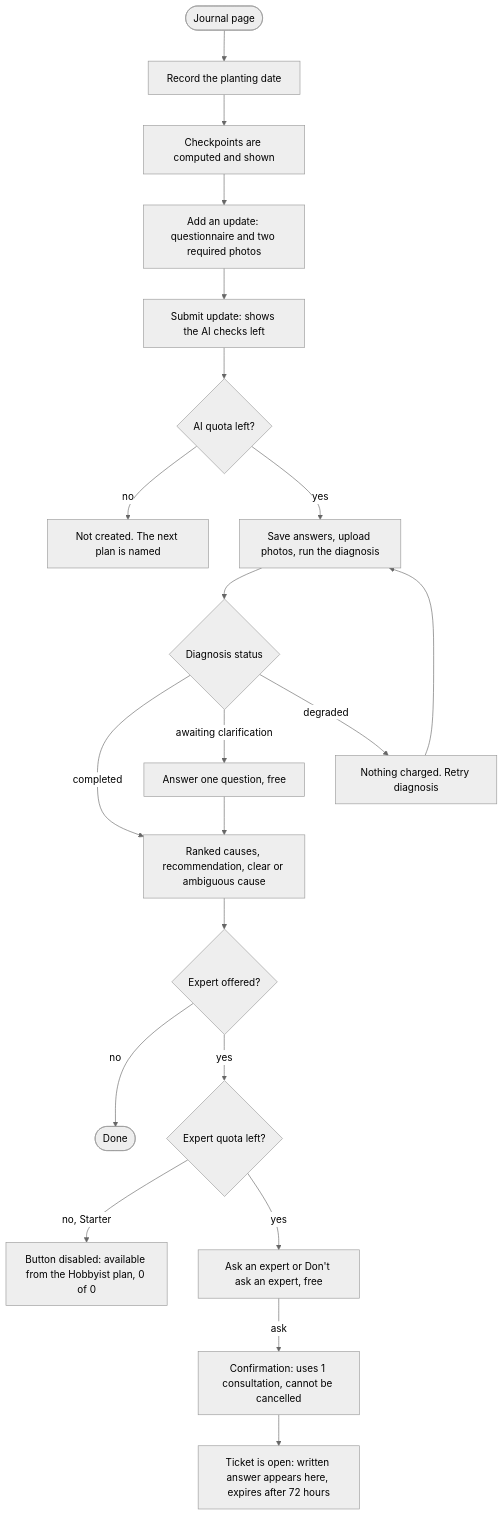
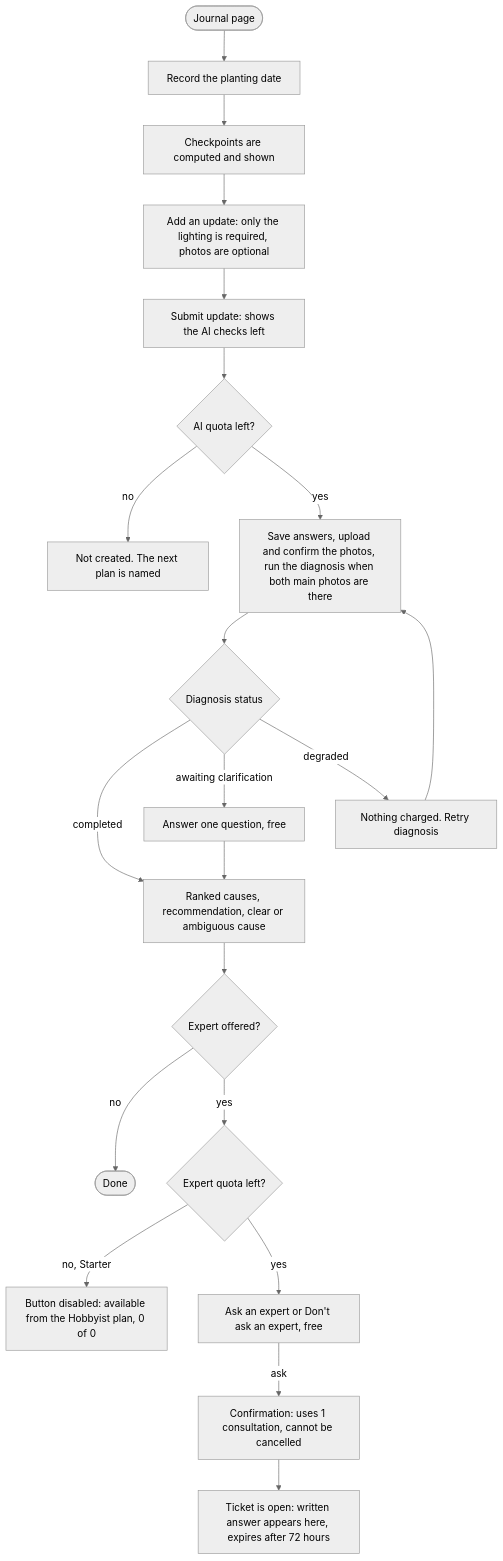
Before and after one commit to DaniilTsitavets/diploma-growpath-frontend: the third of 6 diagrams in docs/user-flows.md, drawn with Mermaid (neutral theme). The commit also changed 33 other files, not shown here.

Commit message:
Upload photos in three steps and rebuild the update questionnaire

````diff
--- a/docs/user-flows.md
+++ b/docs/user-flows.md
@@ -66,23 +66,23 @@
 ```mermaid
 flowchart TD
   A([Journal page]) --> B[Record the planting date]
   B --> C[Checkpoints are computed and shown]
-  C --> D[Add an update: questionnaire and two required photos]
+  C --> D[Add an update: only the lighting is required, photos are optional]
   D --> E[Submit update: shows the AI checks left]
   E --> F{AI quota left?}
   F -->|no| G[Not created. The next plan is named]
-  F -->|yes| H[Save answers, upload photos, run the diagnosis]
+  F -->|yes| H[Save answers, upload and confirm the photos, run the diagnosis when both main photos are there]
   H --> I{Diagnosis status}
   I -->|completed| J[Ranked causes, recommendation, clear or ambiguous cause]
   I -->|awaiting clarification| K[Answer one question, free]
   K --> J
   I -->|degraded| L[Nothing charged. Retry diagnosis]
   L --> H
   J --> M{Expert offered?}
   M -->|no| N([Done])
   M -->|yes| O{Expert quota left?}
   O -->|no, Starter| P[Button disabled: available from the Hobbyist plan, 0 of 0]
   O -->|yes| Q[Ask an expert or Don't ask an expert, free]
   Q -->|ask| R[Confirmation: uses 1 consultation, cannot be cancelled]
   R --> S[Ticket is open: written answer appears here, expires after 72 hours]
 ```
````
